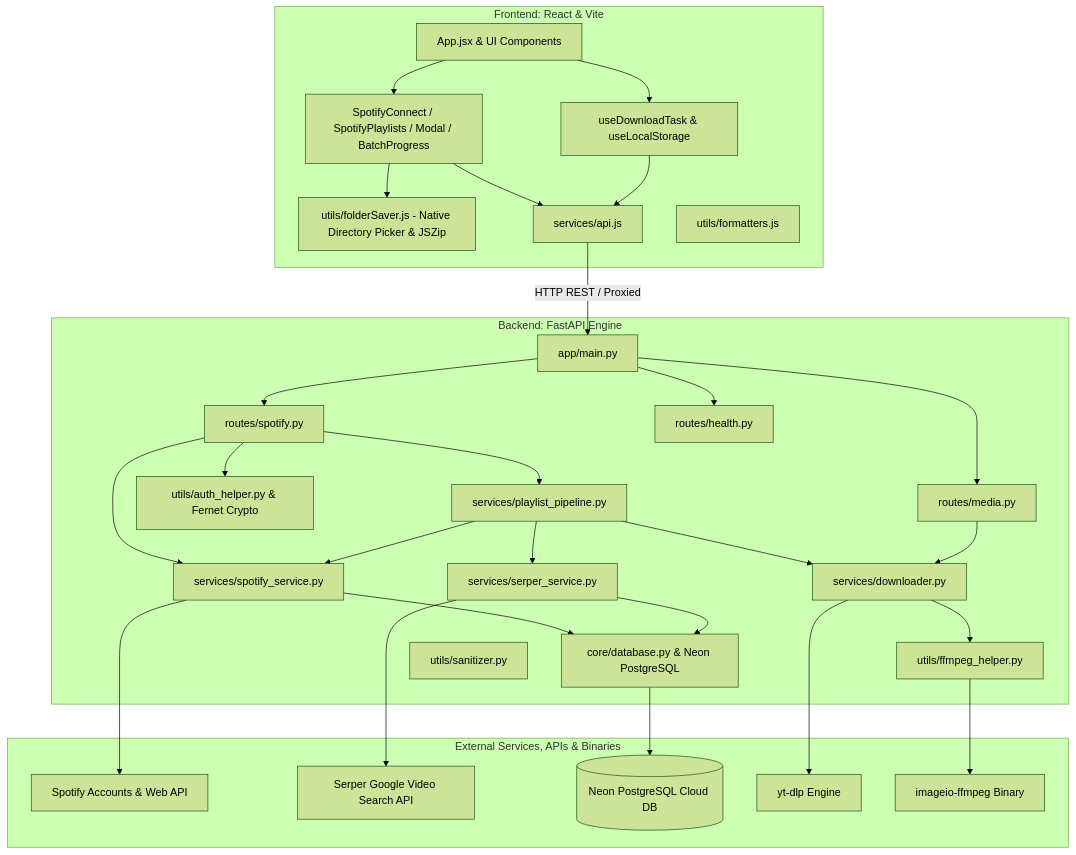
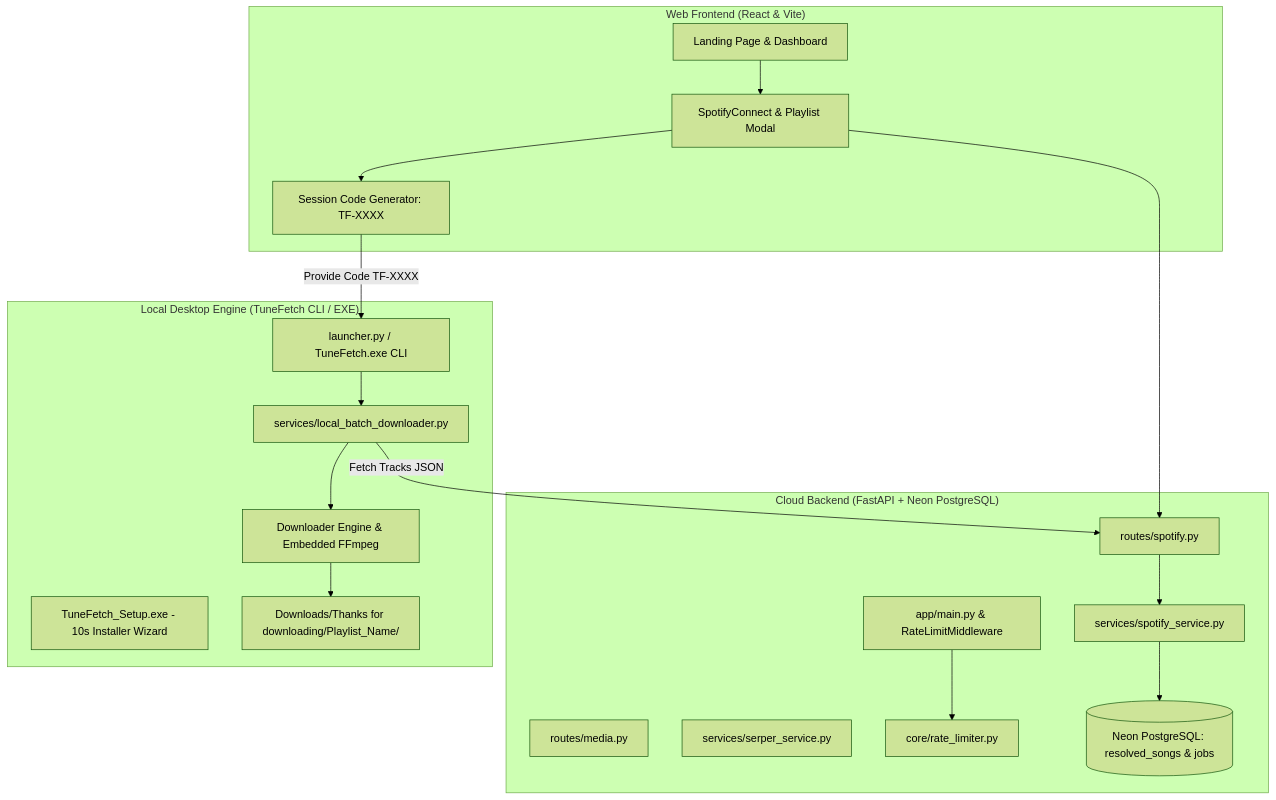
Before and after one commit to learnthusalearner/TuneFetch: the first of 2 diagrams in README.md, drawn with Mermaid (forest theme). The commit also changed other lines of this file and 14 other files, not shown here.

Commit message:
feat: real-time terminal progress reporting, 10s installer wizard, rate limiter, clean UI, and full README update

````diff
--- a/README.md
+++ b/README.md
@@ -101,59 +105,38 @@
 ```mermaid
 graph TD
-    subgraph Client ["Frontend: React & Vite"]
-        UI[App.jsx & UI Components]
-        SpotifyUI[SpotifyConnect / SpotifyPlaylists / Modal / BatchProgress]
-        FolderSaver[utils/folderSaver.js - Native Directory Picker & JSZip]
-        Hooks[useDownloadTask & useLocalStorage]
-        APIClient[services/api.js]
-        Formatters[utils/formatters.js]
+    subgraph Client ["Web Frontend (React & Vite)"]
+        UI[Landing Page & Dashboard]
+        SpotifyUI[SpotifyConnect & Playlist Modal]
+        SessionGen[Session Code Generator: TF-XXXX]
     end
 
-    subgraph Server ["Backend: FastAPI Engine"]
-        Main[app/main.py]
+    subgraph CloudServer ["Cloud Backend (FastAPI + Neon PostgreSQL)"]
+        Main[app/main.py & RateLimitMiddleware]
+        RouterSpotify[routes/spotify.py]
         RouterMedia[routes/media.py]
-        RouterSpotify[routes/spotify.py]
-        RouterHealth[routes/health.py]
-        Database[core/database.py & Neon PostgreSQL]
-        AuthHelper[utils/auth_helper.py & Fernet Crypto]
         SpotifyService[services/spotify_service.py]
         SerperService[services/serper_service.py]
-        PlaylistPipeline[services/playlist_pipeline.py]
-        Downloader[services/downloader.py]
-        FFmpegHelper[utils/ffmpeg_helper.py]
-        Sanitizer[utils/sanitizer.py]
+        RateLimiter[core/rate_limiter.py]
+        NeonDB[(Neon PostgreSQL: resolved_songs & jobs)]
     end
 
-    subgraph External ["External Services, APIs & Binaries"]
-        SpotifyOAuth[Spotify Accounts & Web API]
-        SerperAPI[Serper Google Video Search API]
-        NeonDB[(Neon PostgreSQL Cloud DB)]
-        YTDLP[yt-dlp Engine]
-        ImageIO[imageio-ffmpeg Binary]
+    subgraph DesktopApp ["Local Desktop Engine (TuneFetch CLI / EXE)"]
+        Installer[TuneFetch_Setup.exe - 10s Installer Wizard]
+        Launcher[launcher.py / TuneFetch.exe CLI]
+        LocalDownloader[services/local_batch_downloader.py]
+        YTDLP[Downloader Engine & Embedded FFmpeg]
+        LocalFolder[Downloads/Thanks for downloading/Playlist_Name/]
     end
 
     UI --> SpotifyUI
-    UI --> Hooks
-    SpotifyUI --> FolderSaver
-    SpotifyUI --> APIClient
-    Hooks --> APIClient
-    APIClient -->|HTTP REST / Proxied| Main
-    Main --> RouterMedia
-    Main --> RouterSpotify
-    Main --> RouterHealth
-    RouterSpotify --> AuthHelper
+    SpotifyUI --> RouterSpotify
     RouterSpotify --> SpotifyService
-    RouterSpotify --> PlaylistPipeline
-    SpotifyService --> SpotifyOAuth
-    SpotifyService --> Database
-    Database --> NeonDB
-    PlaylistPipeline --> SpotifyService
-    PlaylistPipeline --> SerperService
-    PlaylistPipeline --> Downloader
-    SerperService --> Database
-    SerperService --> SerperAPI
-    RouterMedia --> Downloader
-    Downloader --> YTDLP
-    Downloader --> FFmpegHelper
-    FFmpegHelper --> ImageIO
+    SpotifyService --> NeonDB
+    SpotifyUI --> SessionGen
+    SessionGen -->|Provide Code TF-XXXX| Launcher
+    Launcher --> LocalDownloader
+    LocalDownloader -->|Fetch Tracks JSON| RouterSpotify
+    LocalDownloader --> YTDLP
+    YTDLP --> LocalFolder
+    Main --> RateLimiter
 ```
````
